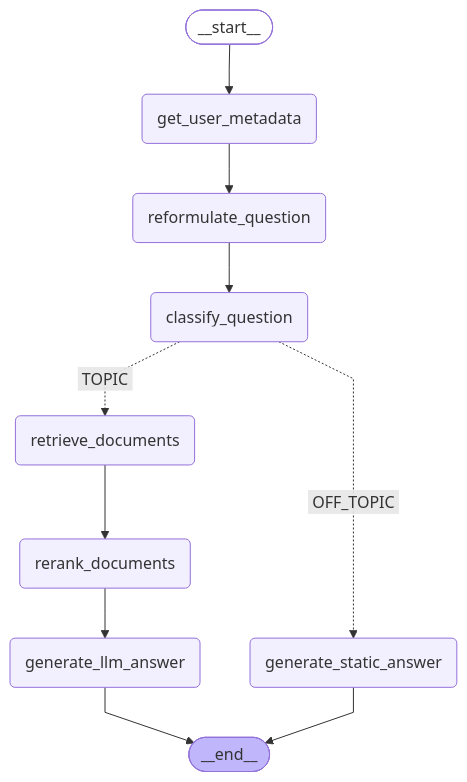
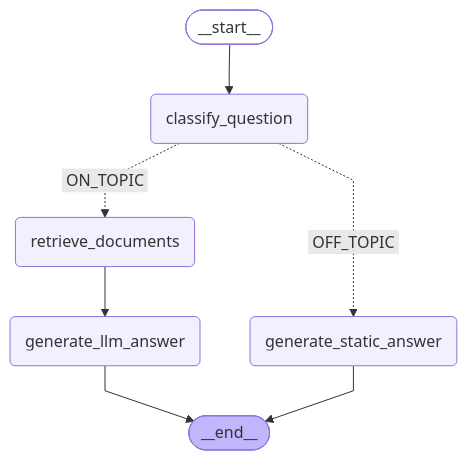
One commit to gabguerin/ragator-v2 changed the diagram in README.md. Above: the diagram before and after it, drawn with Mermaid. The commit also changed 8 other files, not shown here.

Commit message:
Update simple schema

````diff
--- a/README.md
+++ b/README.md
@@ -5,30 +5,24 @@
 ```mermaid
 ---
 config:
   flowchart:
     curve: linear
 ---
 graph TD;
         __start__([<p>__start__</p>]):::first
-        get_user_metadata(get_user_metadata)
-        reformulate_question(reformulate_question)
         classify_question(classify_question)
         generate_static_answer(generate_static_answer)
         retrieve_documents(retrieve_documents)
-        rerank_documents(rerank_documents)
         generate_llm_answer(generate_llm_answer)
         __end__([<p>__end__</p>]):::last
-        __start__ --> get_user_metadata;
+        __start__ --> classify_question;
         generate_llm_answer --> __end__;
         generate_static_answer --> __end__;
-        get_user_metadata --> reformulate_question;
-        reformulate_question --> classify_question;
-        rerank_documents --> generate_llm_answer;
-        retrieve_documents --> rerank_documents;
+        retrieve_documents --> generate_llm_answer;
         classify_question -. &nbsp;OFF_TOPIC&nbsp; .-> generate_static_answer;
-        classify_question -. &nbsp;TOPIC&nbsp; .-> retrieve_documents;
+        classify_question -. &nbsp;ON_TOPIC&nbsp; .-> retrieve_documents;
         classDef default fill:#f2f0ff,line-height:1.2
         classDef first fill-opacity:0
         classDef last fill:#bfb6fc
 
 ```
````
